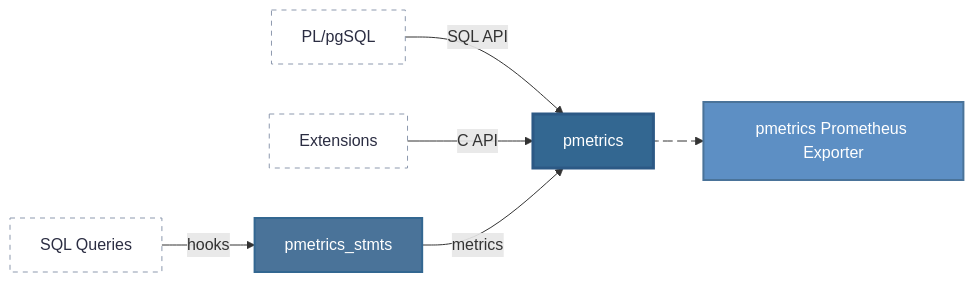
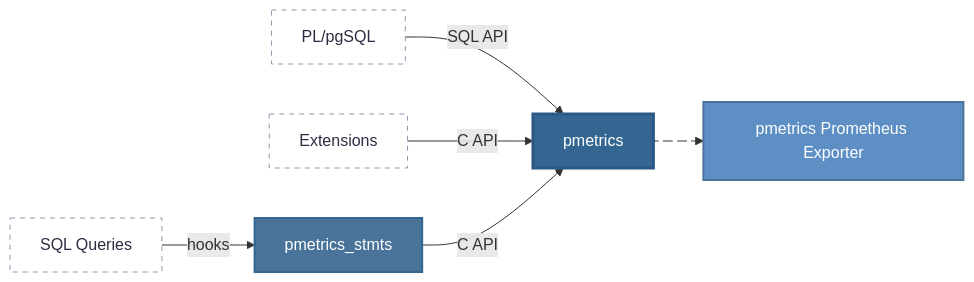
One commit to v0idpwn-industries/pmetrics changed the diagram in README.md. Above: the diagram before and after it, drawn with Mermaid.

````diff
--- a/README.md
+++ b/README.md
@@ -5,26 +5,26 @@
 ```mermaid
 flowchart LR
     Q[SQL Queries]
     P[PL/pgSQL]
     E[Extensions]
 
     S[pmetrics_stmts]
     C[pmetrics]
 
     X[pmetrics Prometheus Exporter]
 
     Q -->|hooks| S
     P -->|SQL API| C
     E -->|C API| C
-    S -->|metrics| C
+    S -->|C API| C
 
     C e1@--> X
     e1@{ animation: fast }
 
     style C fill:#336791,stroke:#2c5985,stroke-width:3px,color:#fff
     style S fill:#4a7399,stroke:#336791,stroke-width:2px,color:#fff
     style X fill:#5d8fc4,stroke:#4a7399,stroke-width:2px,color:#fff
     style Q fill:none,stroke:#8d99ae,stroke-width:1px,color:#2b2d42,stroke-dasharray: 5 5
     style P fill:none,stroke:#8d99ae,stroke-width:1px,color:#2b2d42,stroke-dasharray: 5 5
     style E fill:none,stroke:#8d99ae,stroke-width:1px,color:#2b2d42,stroke-dasharray: 5 5
 ```
````
